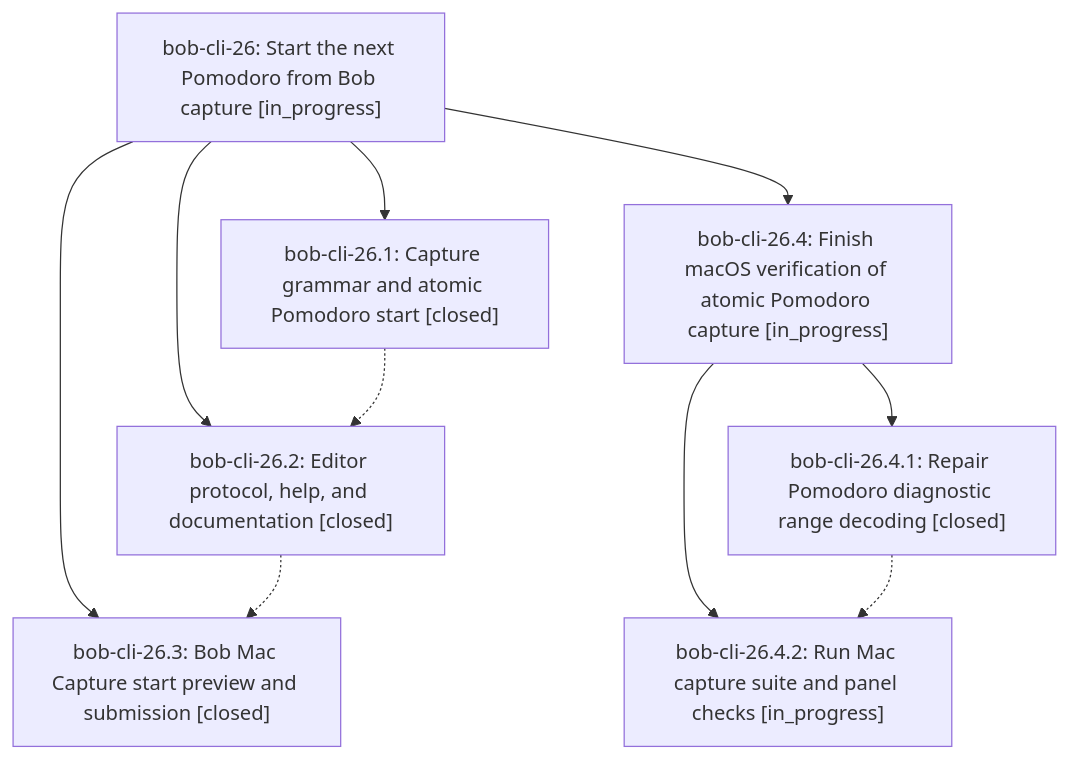
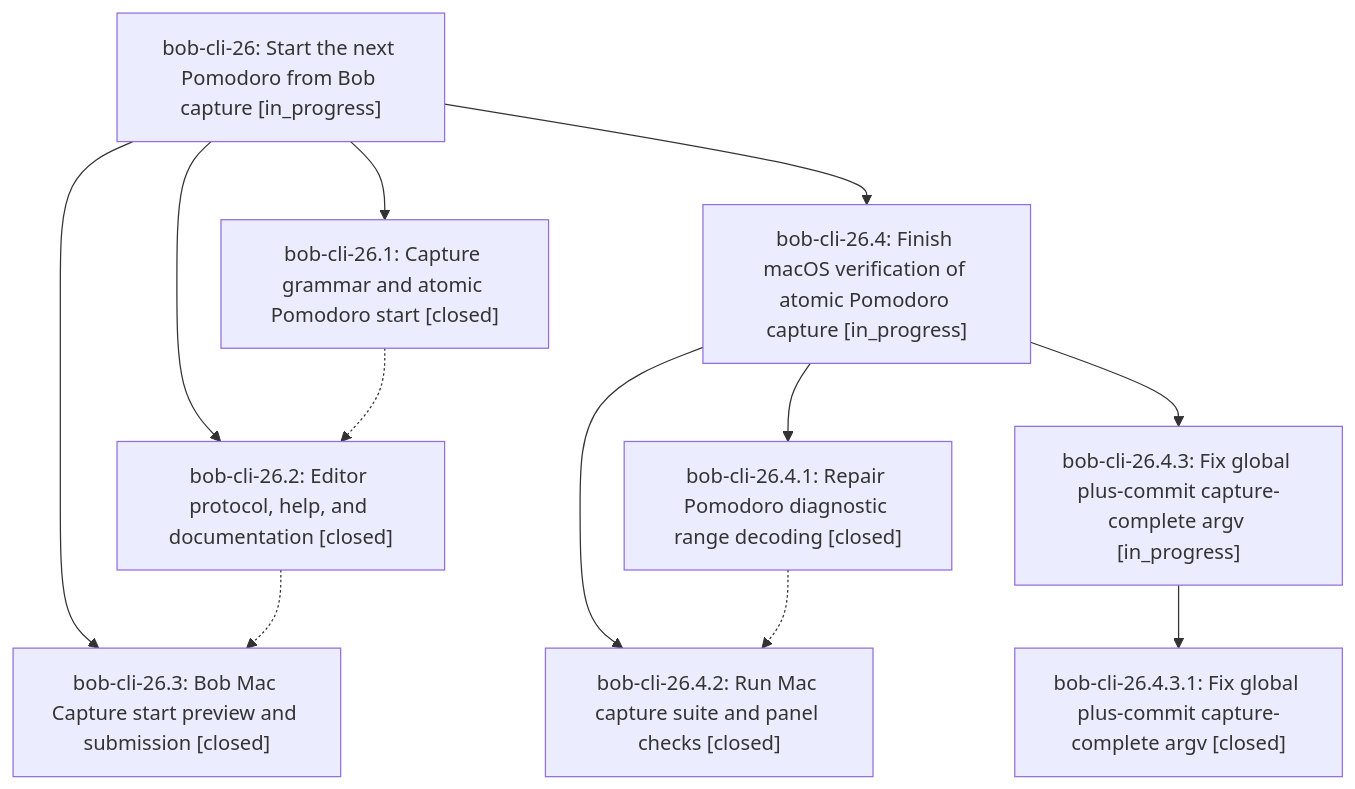
Before and after one commit to bobs-org/bob-cli--beads: the diagram in pages/bob-cli-26/README.md, drawn with Mermaid. The commit also changed other lines of this file and 5 other files, not shown here.

First line of the commit message:
chore(beads): sync bead state and pages for bob-cli-26

````diff
--- a/pages/bob-cli-26/README.md
+++ b/pages/bob-cli-26/README.md
@@ -87,19 +87,23 @@
 ```mermaid
 flowchart TD
     n0["bob-cli-26: Start the next Pomodoro from Bob capture [in_progress]"]
     n1["bob-cli-26.1: Capture grammar and atomic Pomodoro start [closed]"]
     n2["bob-cli-26.2: Editor protocol, help, and documentation [closed]"]
     n3["bob-cli-26.3: Bob Mac Capture start preview and submission [closed]"]
     n4["bob-cli-26.4: Finish macOS verification of atomic Pomodoro capture [in_progress]"]
     n5["bob-cli-26.4.1: Repair Pomodoro diagnostic range decoding [closed]"]
-    n6["bob-cli-26.4.2: Run Mac capture suite and panel checks [in_progress]"]
+    n6["bob-cli-26.4.2: Run Mac capture suite and panel checks [closed]"]
+    n7["bob-cli-26.4.3: Fix global plus-commit capture-complete argv [in_progress]"]
+    n8["bob-cli-26.4.3.1: Fix global plus-commit capture-complete argv [closed]"]
     n0 --> n1
     n0 --> n2
     n0 --> n3
     n0 --> n4
     n4 --> n5
     n4 --> n6
+    n4 --> n7
+    n7 --> n8
     n1 -.-> n2
     n2 -.-> n3
     n5 -.-> n6
 ```
````
